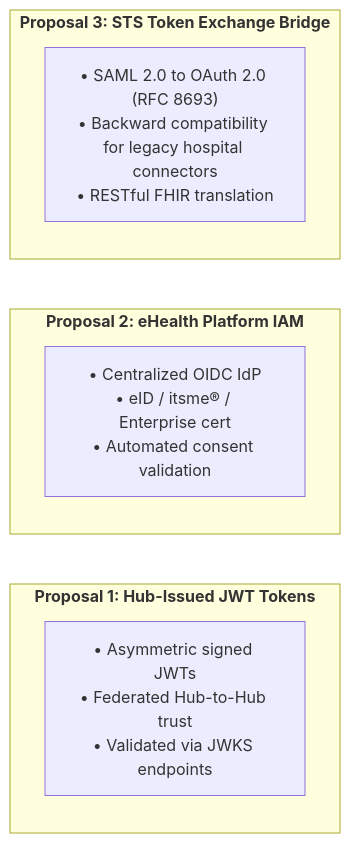
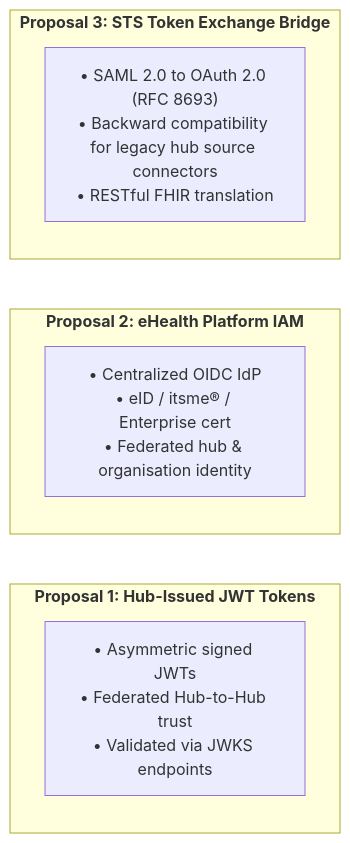
The third of 3 diagrams in input/pagecontent/architecture.md (Erwin-Bellon/hubsharing), drawn with Mermaid before and after one commit. The commit also changed other lines of this file and 17 other files, not shown here.

````diff
--- a/input/pagecontent/architecture.md
+++ b/input/pagecontent/architecture.md
@@ -123,12 +167,12 @@
 ```mermaid
 flowchart LR
     subgraph Route1["<b>Proposal 1: Hub-Issued JWT Tokens</b>"]
         R1["• Asymmetric signed JWTs<br/>• Federated Hub-to-Hub trust<br/>• Validated via JWKS endpoints"]
     end
     subgraph Route2["<b>Proposal 2: eHealth Platform IAM</b>"]
-        R2["• Centralized OIDC IdP<br/>• eID / itsme® / Enterprise cert<br/>• Automated consent validation"]
+        R2["• Centralized OIDC IdP<br/>• eID / itsme® / Enterprise cert<br/>• Federated hub & organisation identity"]
     end
     subgraph Route3["<b>Proposal 3: STS Token Exchange Bridge</b>"]
-        R3["• SAML 2.0 to OAuth 2.0 (RFC 8693)<br/>• Backward compatibility for legacy hospital connectors<br/>• RESTful FHIR translation"]
+        R3["• SAML 2.0 to OAuth 2.0 (RFC 8693)<br/>• Backward compatibility for legacy hub source connectors<br/>• RESTful FHIR translation"]
     end
 ```
````
